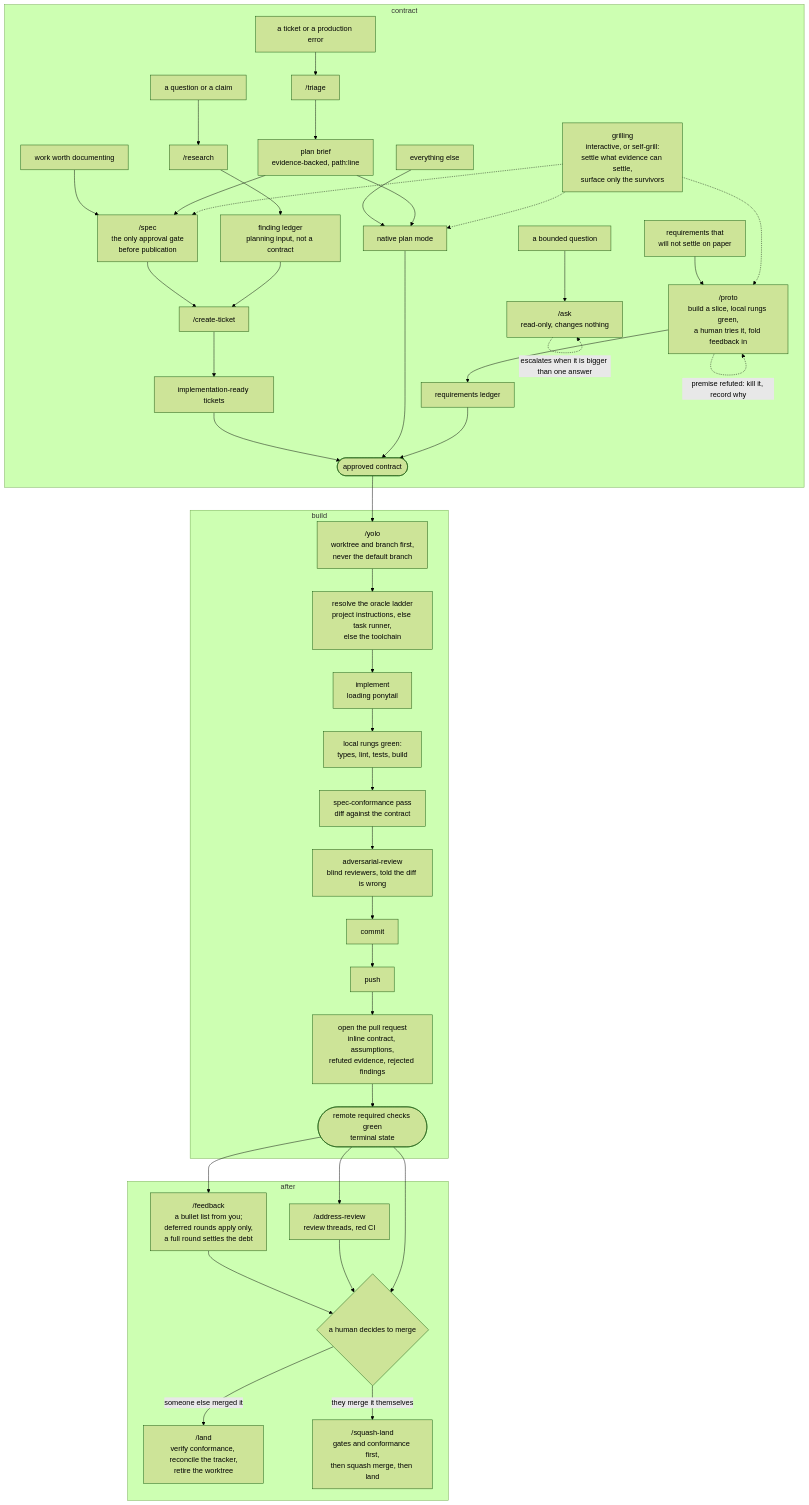
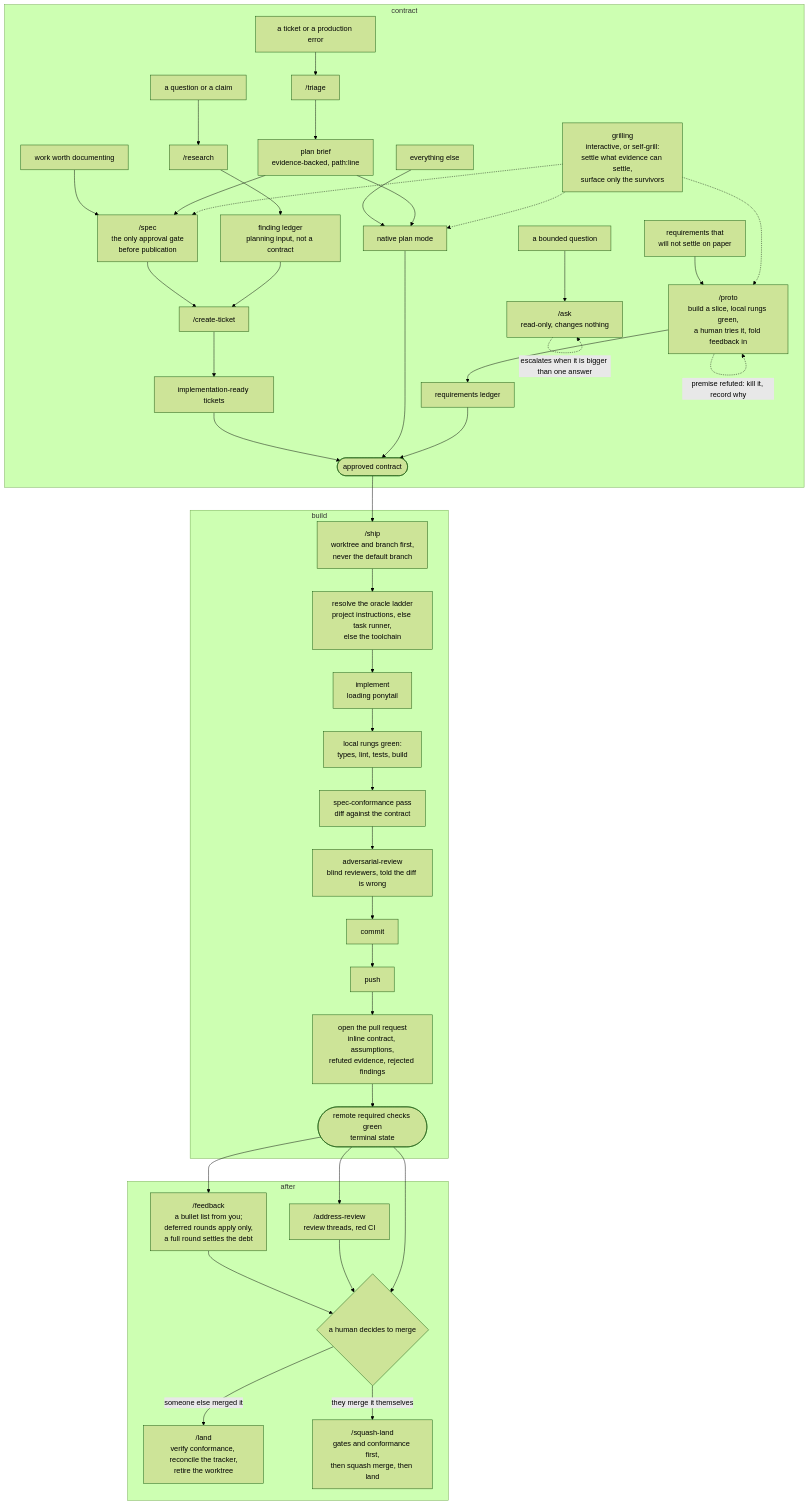
Before and after one commit to jvillegasd/harness: the first of 2 diagrams in harness/README.md, drawn with Mermaid (forest theme). The commit also changed other lines of this file and 11 other files, not shown here.

First line of the commit message:
refactor: rename /yolo to /ship and oyolo to ocyolo (#44)

````diff
--- a/harness/README.md
+++ b/harness/README.md
@@ -18,56 +18,56 @@
 ```mermaid
 flowchart TD
     subgraph CONTRACT["contract"]
         ask_in["a bounded question"] --> ask["/ask<br>read-only, changes nothing"]
         ask -.->|escalates when it is bigger than one answer| ask
 
         research_in["a question or a claim"] --> research["/research"]
         research --> ledger["finding ledger<br>planning input, not a contract"]
 
         triage_in["a ticket or a production error"] --> triage["/triage"]
         triage --> brief["plan brief<br>evidence-backed, path:line"]
 
         doc_in["work worth documenting"] --> spec["/spec<br>the only approval gate<br>before publication"]
         spec --> createticket["/create-ticket"]
         ledger --> createticket
         createticket --> ticket["implementation-ready tickets"]
 
         proto_in["requirements that<br>will not settle on paper"] --> proto["/proto<br>build a slice, local rungs green,<br>a human tries it, fold feedback in"]
         proto --> protoledger["requirements ledger"]
         proto -.->|premise refuted: kill it, record why| proto
 
         else_in["everything else"] --> plan["native plan mode"]
         brief --> plan
         brief --> spec
 
         grill["grilling<br>interactive, or self-grill:<br>settle what evidence can settle,<br>surface only the survivors"]
         grill -.-> spec
         grill -.-> plan
         grill -.-> proto
 
         ticket --> approval(["approved contract"])
         plan --> approval
         protoledger --> approval
     end
 
     subgraph BUILD["build"]
-        approval --> yolo["/yolo<br>worktree and branch first,<br>never the default branch"]
-        yolo --> ladder["resolve the oracle ladder<br>project instructions, else task runner,<br>else the toolchain"]
+        approval --> ship["/ship<br>worktree and branch first,<br>never the default branch"]
+        ship --> ladder["resolve the oracle ladder<br>project instructions, else task runner,<br>else the toolchain"]
         ladder --> implement["implement<br>loading ponytail"]
         implement --> rungs["local rungs green:<br>types, lint, tests, build"]
         rungs --> conform["spec-conformance pass<br>diff against the contract"]
         conform --> review["adversarial-review<br>blind reviewers, told the diff is wrong"]
         review --> commit["commit"] --> push["push"] --> pr["open the pull request<br>inline contract, assumptions,<br>refuted evidence, rejected findings"]
         pr --> checks(["remote required checks green<br>terminal state"])
     end
 
     subgraph AFTER["after"]
         checks --> feedback["/feedback<br>a bullet list from you;<br>deferred rounds apply only,<br>a full round settles the debt"]
         checks --> addressreview["/address-review<br>review threads, red CI"]
         feedback --> merge{"a human decides to merge"}
         addressreview --> merge
         checks --> merge
         merge -->|someone else merged it| land["/land<br>verify conformance, reconcile the tracker,<br>retire the worktree"]
         merge -->|they merge it themselves| squashland["/squash-land<br>gates and conformance first,<br>then squash merge, then land"]
     end
 ```
````
